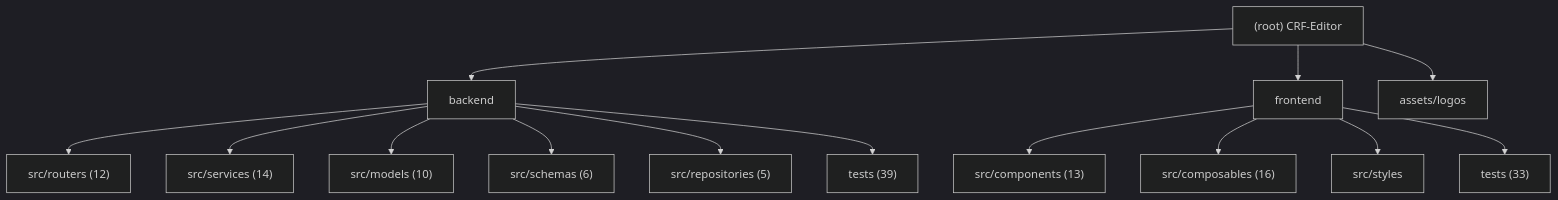
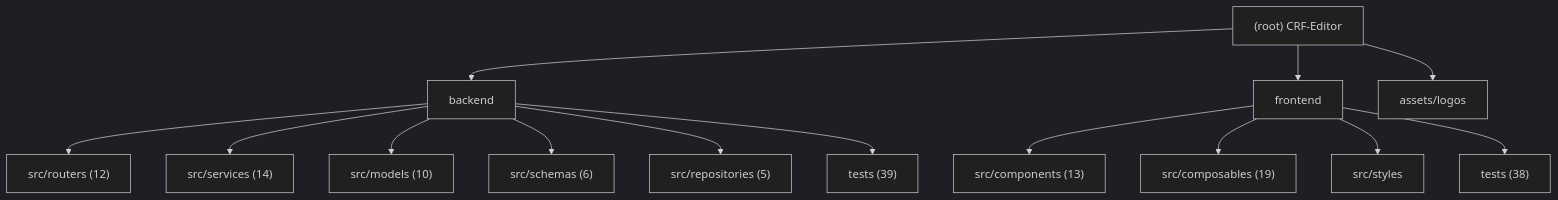
One commit to decade6666/CRF-Editor changed the diagram in .claude/CLAUDE.md. Above: the diagram before and after it, drawn with Mermaid (dark theme). The commit also changed other lines of this file and 14 other files, not shown here.

````diff
--- a/.claude/CLAUDE.md
+++ b/.claude/CLAUDE.md
@@ -15,19 +15,19 @@
 ```mermaid
 graph TD
     A["(root) CRF-Editor"] --> B["backend"];
     B --> B1["src/routers (12)"];
     B --> B2["src/services (14)"];
     B --> B3["src/models (10)"];
     B --> B4["src/schemas (6)"];
     B --> B5["src/repositories (5)"];
     B --> B6["tests (39)"];
     A --> C["frontend"];
     C --> C1["src/components (13)"];
-    C --> C2["src/composables (16)"];
+    C --> C2["src/composables (19)"];
     C --> C3["src/styles"];
-    C --> C4["tests (33)"];
+    C --> C4["tests (38)"];
     A --> D["assets/logos"];
 
     click B "./backend/.claude/CLAUDE.md" "View backend module docs"
     click C "./frontend/.claude/CLAUDE.md" "View frontend module docs"
 ```
````
